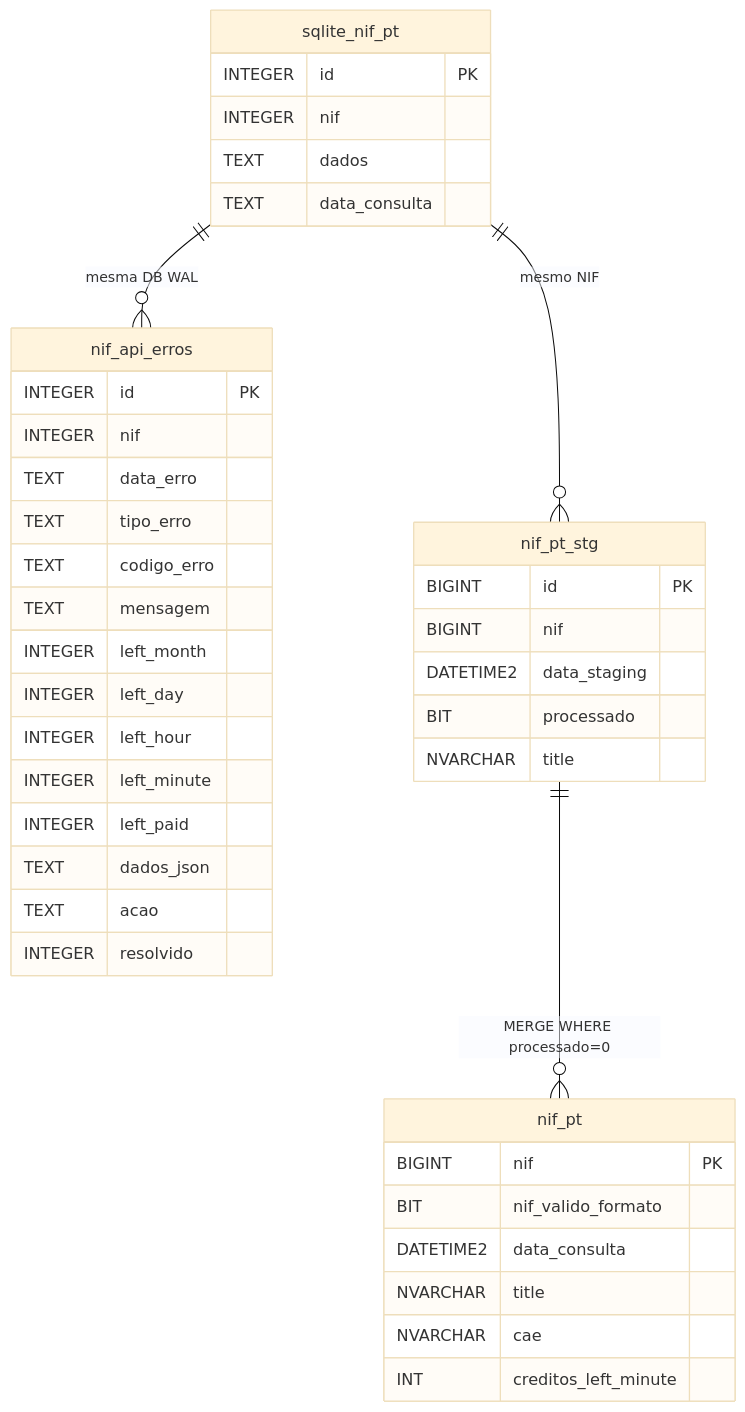
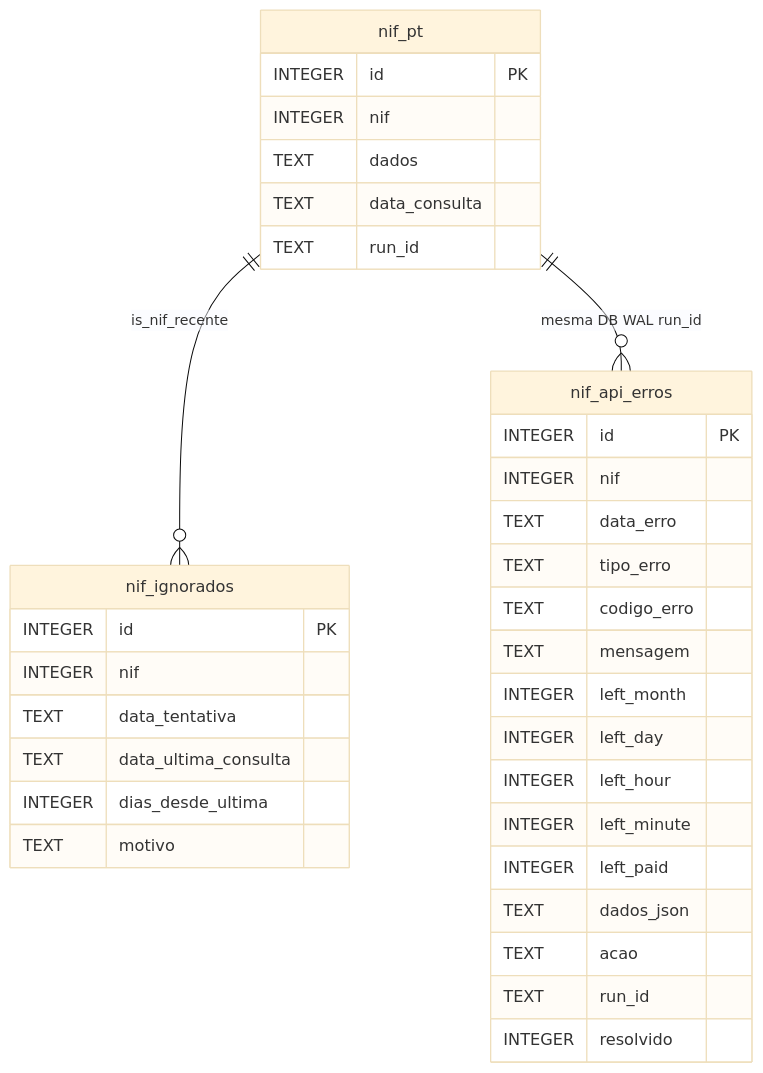
Before and after one commit to nunoetome/nif-pt: the fifth of 8 diagrams in docs/architecture/diagrams.md, drawn with Mermaid (base theme). The commit also changed other lines of this file and 28 other files, not shown here.

````diff
--- a/docs/architecture/diagrams.md
+++ b/docs/architecture/diagrams.md
@@ -153,43 +226,37 @@
 ```mermaid
 erDiagram
-    sqlite_nif_pt {
+    nif_pt {
         INTEGER id PK
         INTEGER nif
         TEXT dados
         TEXT data_consulta
+        TEXT run_id
     }
     nif_api_erros {
         INTEGER id PK
         INTEGER nif
         TEXT data_erro
         TEXT tipo_erro
         TEXT codigo_erro
         TEXT mensagem
         INTEGER left_month
         INTEGER left_day
         INTEGER left_hour
         INTEGER left_minute
         INTEGER left_paid
         TEXT dados_json
         TEXT acao
+        TEXT run_id
         INTEGER resolvido
     }
-    nif_pt {
-        BIGINT nif PK
-        BIT nif_valido_formato
-        DATETIME2 data_consulta
-        NVARCHAR title
-        NVARCHAR cae
-        INT creditos_left_minute
+    nif_ignorados {
+        INTEGER id PK
+        INTEGER nif
+        TEXT data_tentativa
+        TEXT data_ultima_consulta
+        INTEGER dias_desde_ultima
+        TEXT motivo
     }
-    nif_pt_stg {
-        BIGINT id PK
-        BIGINT nif
-        DATETIME2 data_staging
-        BIT processado
-        NVARCHAR title
-    }
-    nif_pt_stg ||--o{ nif_pt : "MERGE WHERE processado=0"
-    sqlite_nif_pt ||--o{ nif_pt_stg : "mesmo NIF"
-    sqlite_nif_pt ||--o{ nif_api_erros : "mesma DB WAL"
+    nif_pt ||--o{ nif_ignorados : "is_nif_recente"
+    nif_pt ||--o{ nif_api_erros : "mesma DB WAL run_id"
 ```
````
